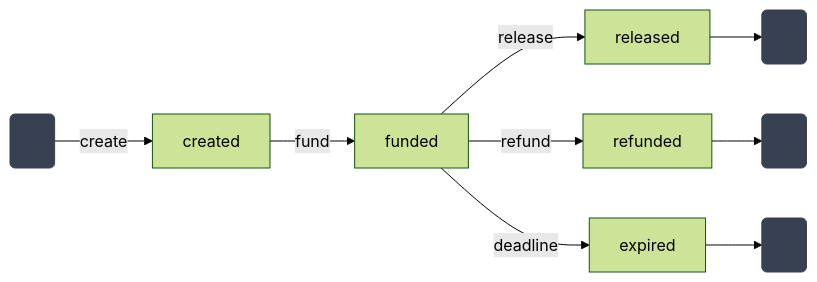
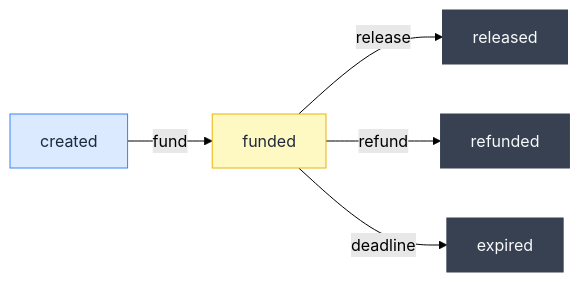
One commit to claw-network/clawnet changed the third of 3 diagrams in packages/docs/content/docs/getting-started/core-concepts/wallet.md. Above: the diagram before and after it, drawn with Mermaid (forest theme). The commit also changed 1 other file, not shown here.

Commit message:
fix(docs): remove unstable dot nodes, use color-coded states in escrow diagram

````diff
--- a/packages/docs/content/docs/getting-started/core-concepts/wallet.md
+++ b/packages/docs/content/docs/getting-started/core-concepts/wallet.md
@@ -102,15 +102,12 @@
 ```mermaid
 flowchart LR
-    S(●) -->|create| created
     created -->|fund| funded
     funded -->|release| released
     funded -->|refund| refunded
     funded -->|deadline| expired
-    released --> E1(●)
-    refunded --> E2(●)
-    expired --> E3(●)
-    style S fill:#374151,stroke:#374151,color:#374151
-    style E1 fill:#374151,stroke:#374151,color:#374151
-    style E2 fill:#374151,stroke:#374151,color:#374151
-    style E3 fill:#374151,stroke:#374151,color:#374151
+    style created fill:#dbeafe,stroke:#3b82f6,color:#1e293b
+    style funded fill:#fef9c3,stroke:#eab308,color:#1e293b
+    style released fill:#374151,stroke:#374151,color:#f8fafc
+    style refunded fill:#374151,stroke:#374151,color:#f8fafc
+    style expired fill:#374151,stroke:#374151,color:#f8fafc
 ```
````
